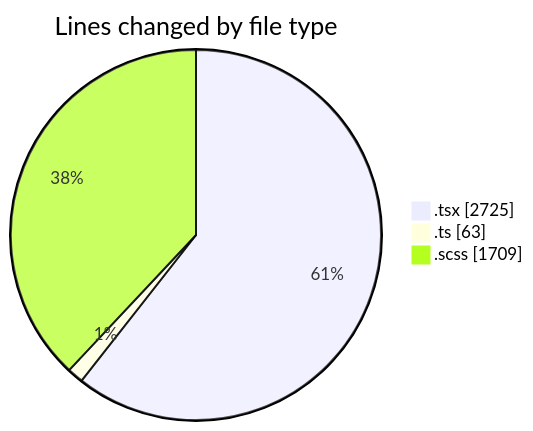
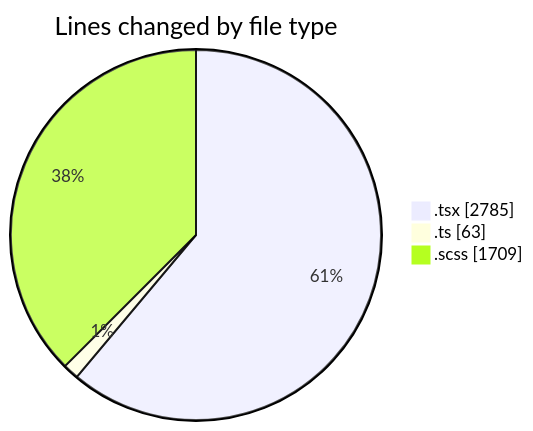
The first of 2 diagrams in 2025-04-02/cda/README.md (momahboobian/code-tracking), drawn with Mermaid before and after one commit. The commit also changed other lines of this file and 1 other file, not shown here.

````diff
--- a/2025-04-02/cda/README.md
+++ b/2025-04-02/cda/README.md
@@ -30,7 +30,7 @@
 ```mermaid
 pie showData
 title Lines changed by file type
-".tsx" : 2725
+".tsx" : 2785
 ".ts" : 63
 ".scss" : 1709
 ```
````
